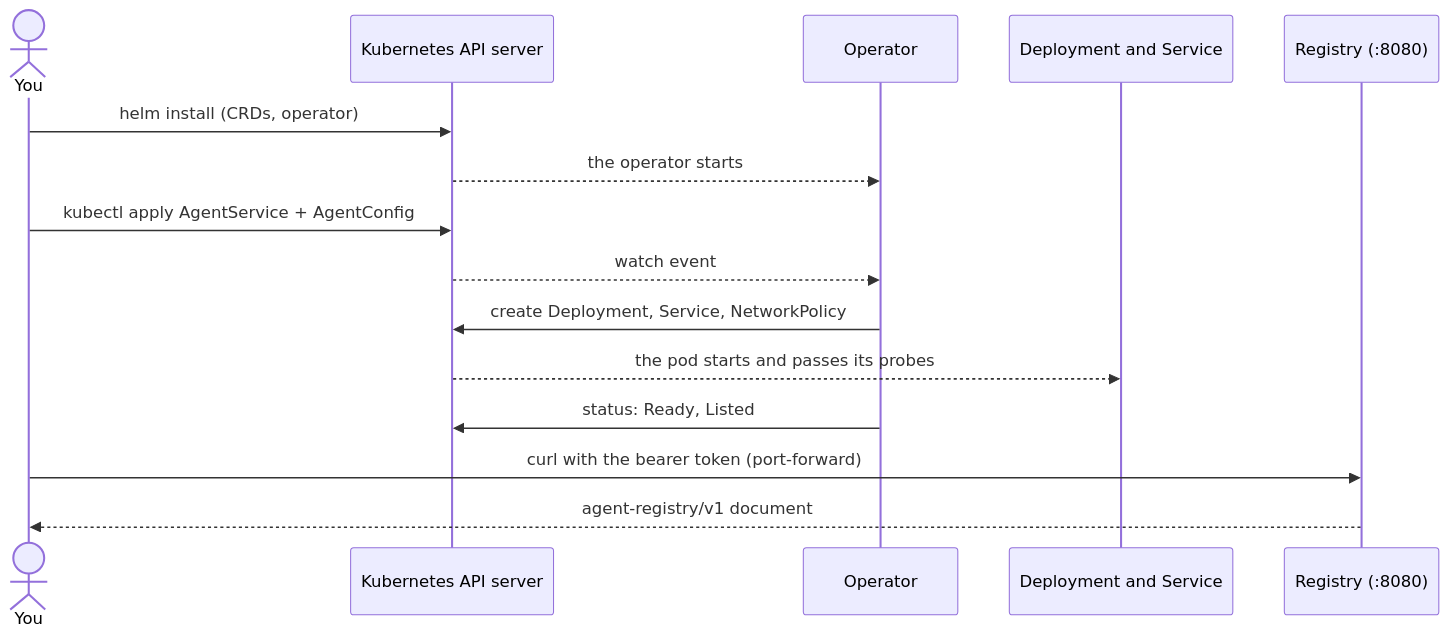
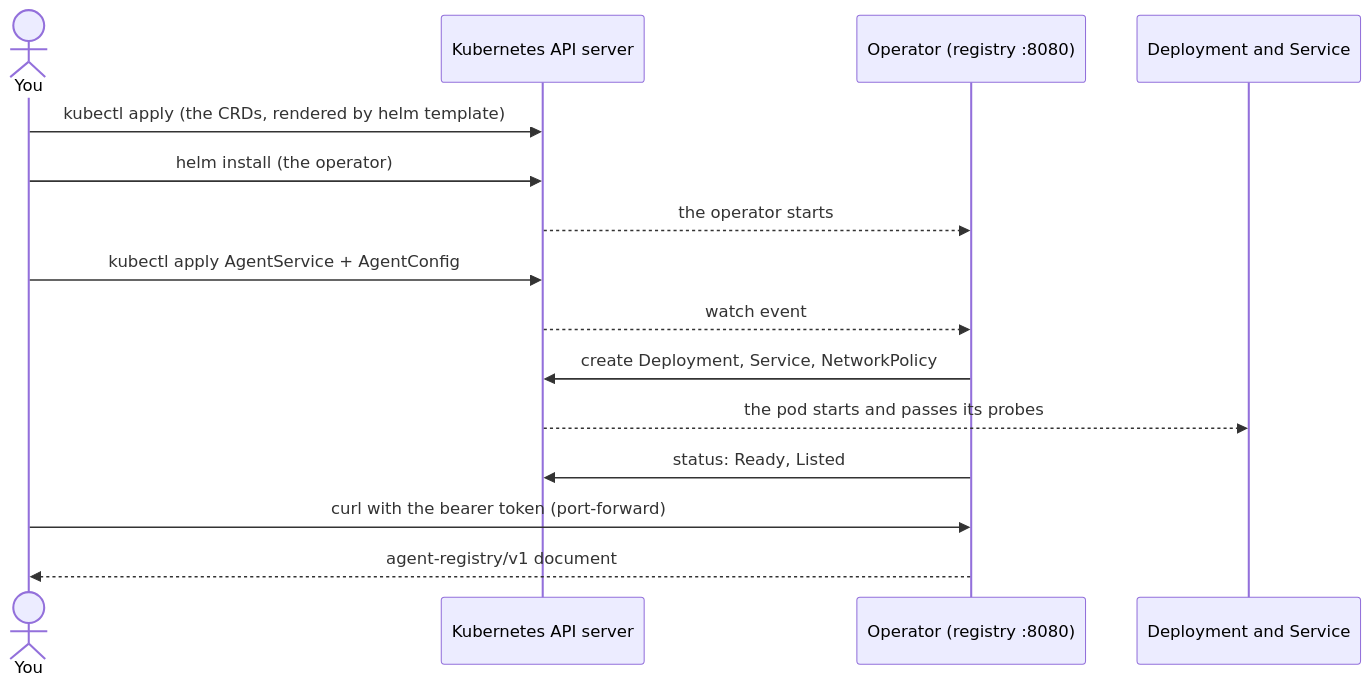
Before and after one commit to vymalo/another-agentic-platform: the first of 2 diagrams in docs/get-started.md, drawn with Mermaid. The commit also changed other lines of this file, not shown here.

````diff
--- a/docs/get-started.md
+++ b/docs/get-started.md
@@ -14,17 +23,17 @@
 ```mermaid
 sequenceDiagram
   actor You
   participant API as Kubernetes API server
-  participant Op as Operator
+  participant Op as Operator (registry :8080)
   participant K8s as Deployment and Service
-  participant Reg as Registry (:8080)
-  You->>API: helm install (CRDs, operator)
+  You->>API: kubectl apply (the CRDs, rendered by helm template)
+  You->>API: helm install (the operator)
   API-->>Op: the operator starts
   You->>API: kubectl apply AgentService + AgentConfig
   API-->>Op: watch event
   Op->>API: create Deployment, Service, NetworkPolicy
   API-->>K8s: the pod starts and passes its probes
   Op->>API: status: Ready, Listed
-  You->>Reg: curl with the bearer token (port-forward)
-  Reg-->>You: agent-registry/v1 document
+  You->>Op: curl with the bearer token (port-forward)
+  Op-->>You: agent-registry/v1 document
 ```
````
